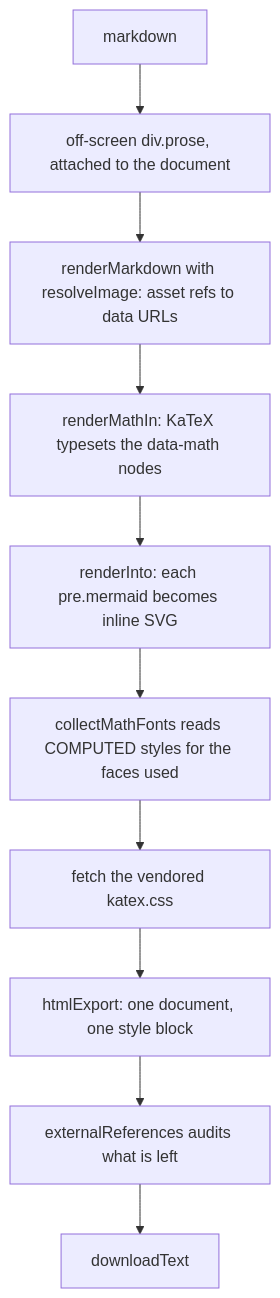
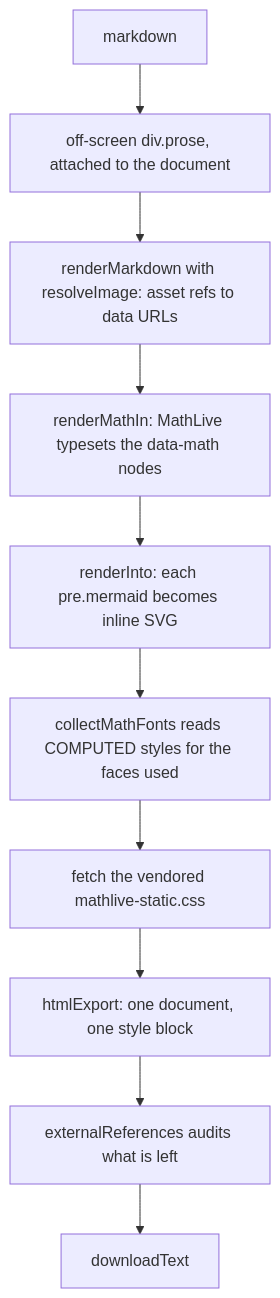
Before and after one commit to Kieran-s-Artisnal-Slop-Factory/notey: the first of 3 diagrams in docs/dev/export.md, drawn with Mermaid. The commit also changed other lines of this file and 43 other files, not shown here.

````diff
--- a/docs/dev/export.md
+++ b/docs/dev/export.md
@@ -24,12 +24,12 @@
 ```mermaid
 flowchart TD
   A[markdown] --> B[off-screen div.prose, attached to the document]
   B --> C[renderMarkdown with resolveImage: asset refs to data URLs]
-  C --> D[renderMathIn: KaTeX typesets the data-math nodes]
+  C --> D[renderMathIn: MathLive typesets the data-math nodes]
   D --> E[renderInto: each pre.mermaid becomes inline SVG]
   E --> F[collectMathFonts reads COMPUTED styles for the faces used]
-  F --> G[fetch the vendored katex.css]
+  F --> G[fetch the vendored mathlive-static.css]
   G --> H[htmlExport: one document, one style block]
   H --> I[externalReferences audits what is left]
   I --> J[downloadText]
 ```
````
